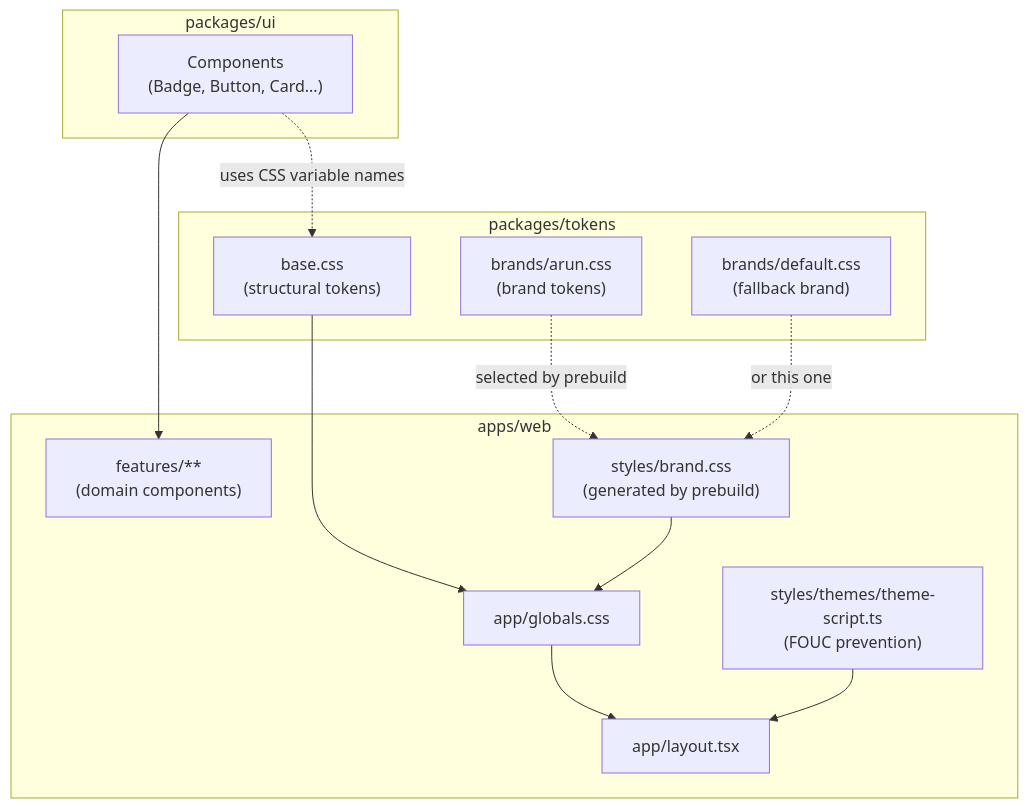
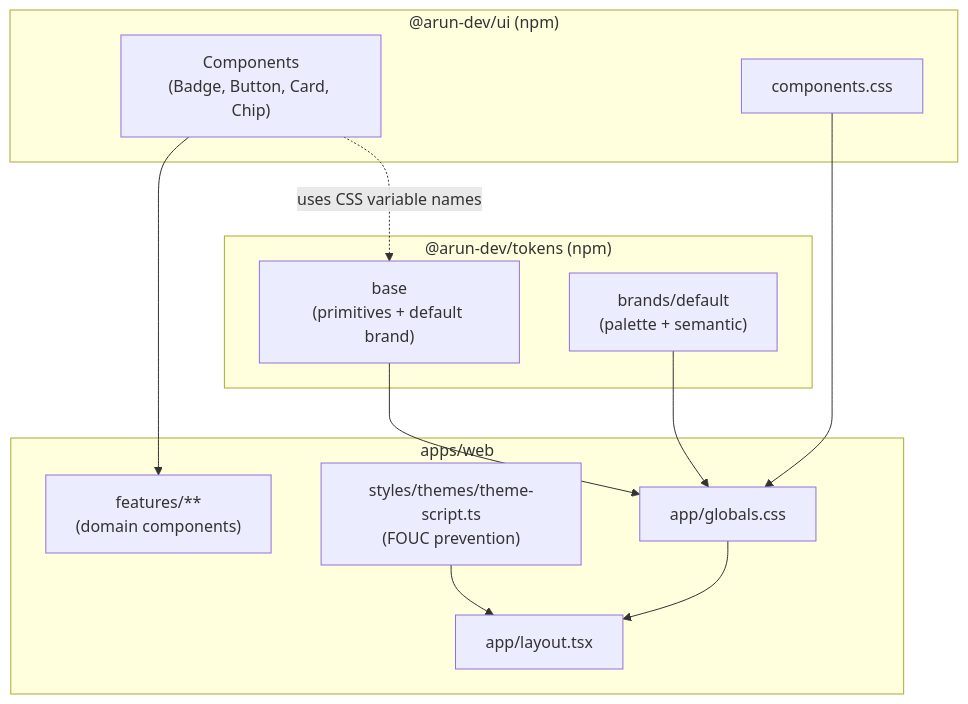
Before and after one commit to arun9483/arun-dev-platform: the first of 6 diagrams in docs/design-system.md, drawn with Mermaid. The commit also changed other lines of this file and 51 other files, not shown here.

First line of the commit message:
feat: consume design system from published npm packages

````diff
--- a/docs/design-system.md
+++ b/docs/design-system.md
@@ -22,29 +28,27 @@
 ```mermaid
 graph TD
-    subgraph "packages/tokens"
-        BASE["base.css<br/>(structural tokens)"]
-        ARUN["brands/arun.css<br/>(brand tokens)"]
-        DEFAULT["brands/default.css<br/>(fallback brand)"]
+    subgraph "@arun-dev/tokens (npm)"
+        BASE["base<br/>(primitives + default brand)"]
+        DEFAULT["brands/default<br/>(palette + semantic)"]
     end
 
-    subgraph "packages/ui"
-        COMP["Components<br/>(Badge, Button, Card...)"]
+    subgraph "@arun-dev/ui (npm)"
+        COMP["Components<br/>(Badge, Button, Card, Chip)"]
+        UICSS["components.css"]
     end
 
     subgraph "apps/web"
-        BRAND["styles/brand.css<br/>(generated by prebuild)"]
         GLOBALS["app/globals.css"]
         LAYOUT["app/layout.tsx"]
         THEME_SCRIPT["styles/themes/theme-script.ts<br/>(FOUC prevention)"]
         FEATURES["features/**<br/>(domain components)"]
     end
 
     BASE --> GLOBALS
-    ARUN -.->|"selected by prebuild"| BRAND
-    DEFAULT -.->|"or this one"| BRAND
-    BRAND --> GLOBALS
+    DEFAULT --> GLOBALS
+    UICSS --> GLOBALS
     GLOBALS --> LAYOUT
     THEME_SCRIPT --> LAYOUT
     COMP --> FEATURES
     COMP -.->|"uses CSS variable names"| BASE
 ```
````
